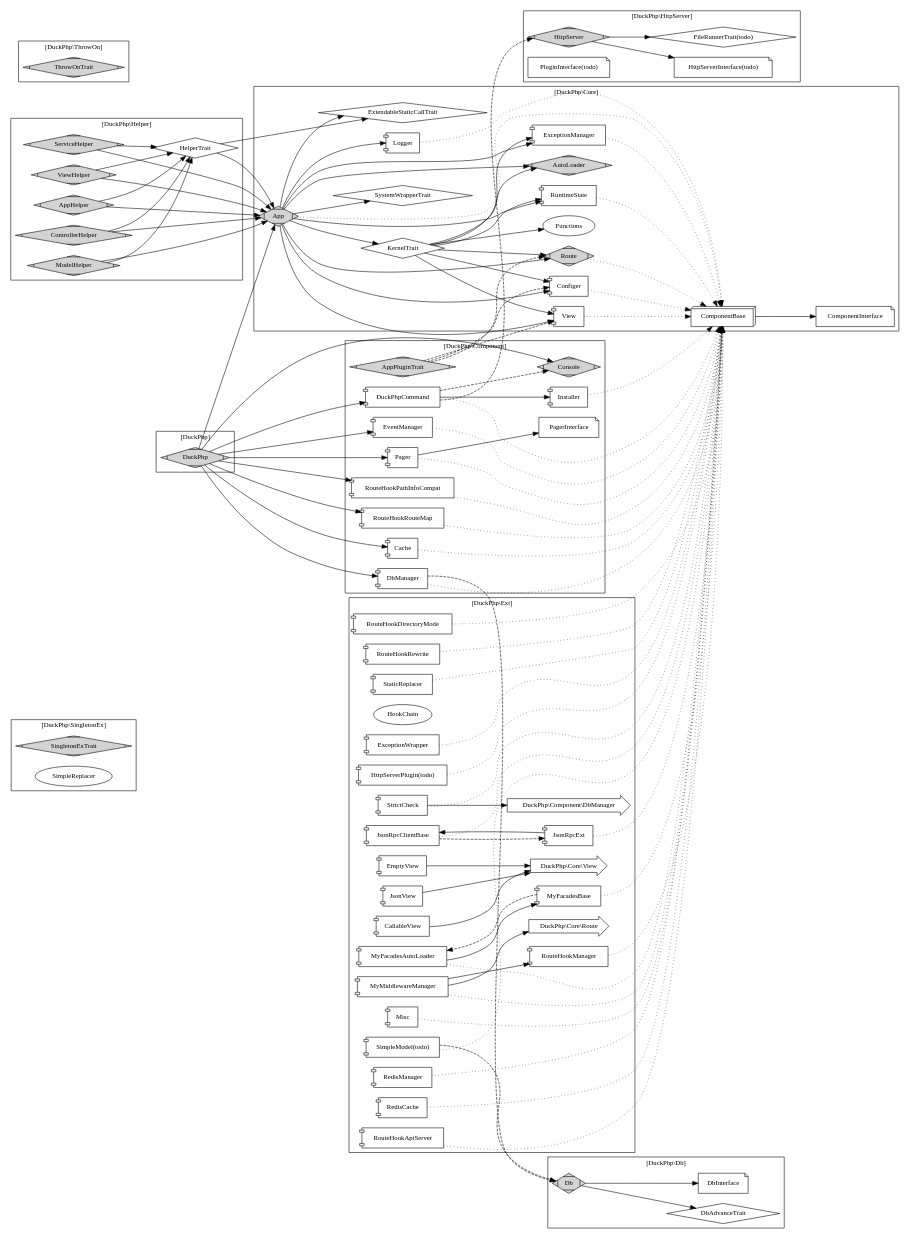
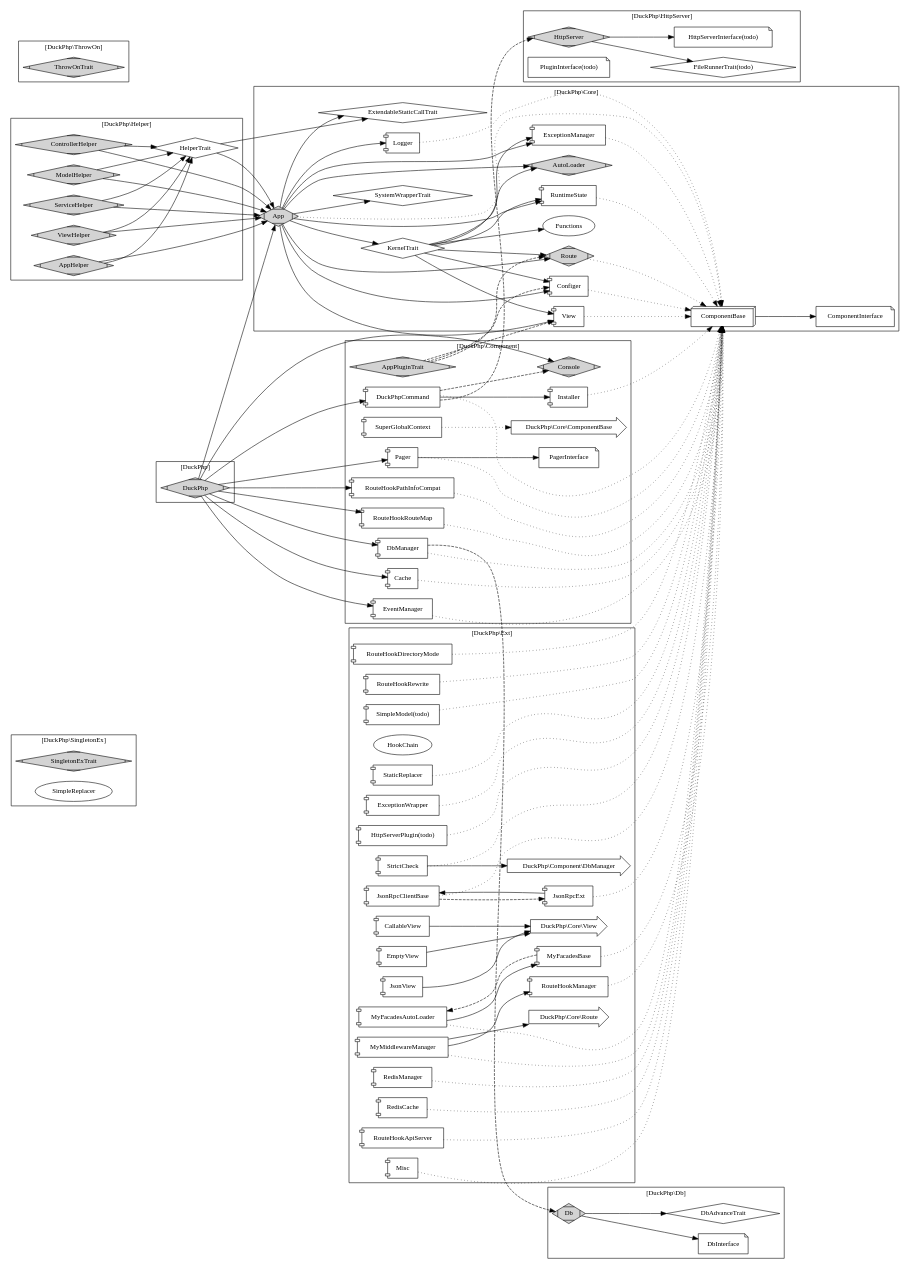
The diagram in docs/duckphp.gv (dvaknheo/duckphp), drawn with Graphviz before and after one commit. The commit also changed 13 other files, not shown here.

```diff
--- a/docs/duckphp.gv
+++ b/docs/duckphp.gv
@@ -128,6 +128,8 @@
     PagerInterface [shape=note];
     RouteHookPathInfoCompat[shape="component"];
     RouteHookRouteMap[shape="component"];
+    SuperGlobalContext[shape="component"];
+    X_ComponentBase[label="DuckPhp\\Core\\ComponentBase",shape="rarrow"];
     
     AppPluginTrait -> Configer [style="dashed"]; 
     AppPluginTrait -> View [style="dashed"]; 
@@ -141,10 +143,10 @@
     Pager -> ComponentBase [style="dotted"];
     RouteHookPathInfoCompat -> ComponentBase [style="dotted"];
     RouteHookRouteMap -> ComponentBase [style="dotted"];
+    SuperGlobalContext -> X_ComponentBase [style="dotted"];
 
 
     
-    /*Console -> DuckPhpCommand [style="invis"]; */
     DuckPhpCommand -> Console [style="dashed"]; 
     DuckPhpCommand -> Installer; 
     DuckPhpCommand -> HttpServer [style="dashed"]; 
@@ -238,7 +240,7 @@
     JsonRpcClientBase -> ComponentBase [style="dotted"];
     JsonView -> X_Core_View[style="solid"];
 
-    SimpleModel ->Db_Db [style="dashed"];
+    /* SimpleModel ->Db_Db [style="dashed"]; */
     StrictCheck -> X_DbManager[style="solid"];
     
 
```
